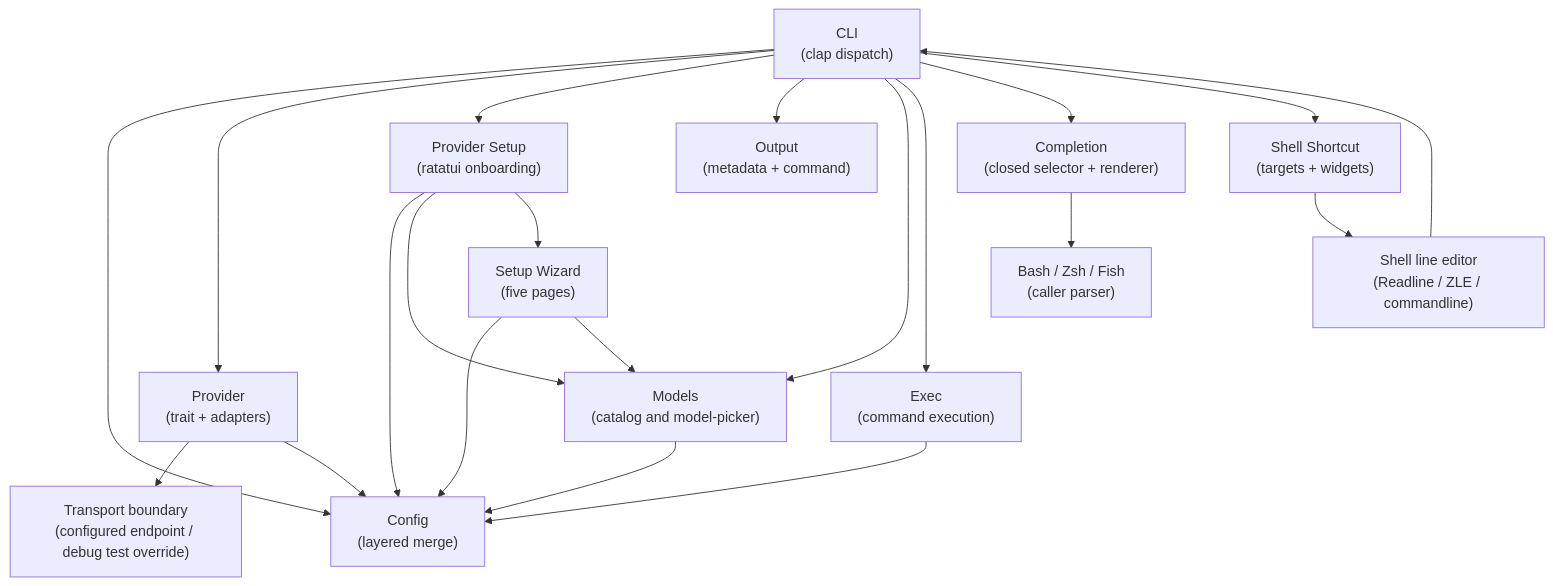
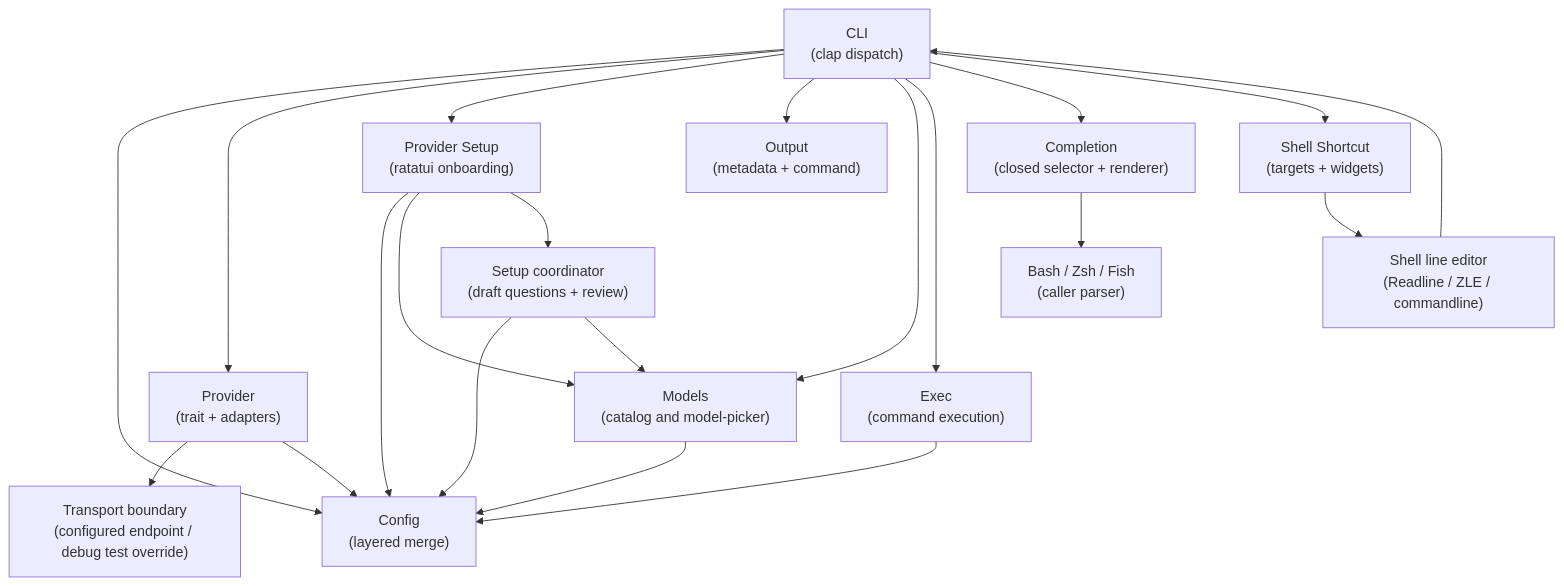
The diagram in docs/arc42/05-building-block-view.md (buster/watn), drawn with Mermaid before and after one commit. The commit also changed other lines of this file and 26 other files, not shown here.

````diff
--- a/docs/arc42/05-building-block-view.md
+++ b/docs/arc42/05-building-block-view.md
@@ -5,37 +5,37 @@
 ```mermaid
 graph TB
     CLI["CLI<br/>(clap dispatch)"]
     Config["Config<br/>(layered merge)"]
     Provider["Provider<br/>(trait + adapters)"]
     Transport["Transport boundary<br/>(configured endpoint / debug test override)"]
     Setup["Provider Setup<br/>(ratatui onboarding)"]
-    Wizard["Setup Wizard<br/>(five pages)"]
+    Wizard["Setup coordinator<br/>(draft questions + review)"]
     Output["Output<br/>(metadata + command)"]
     Models["Models<br/>(catalog and model-picker)"]
     Exec["Exec<br/>(command execution)"]
     Completion["Completion<br/>(closed selector + renderer)"]
     ShellParser["Bash / Zsh / Fish<br/>(caller parser)"]
     Shortcut["Shell Shortcut<br/>(targets + widgets)"]
     LineEditor["Shell line editor<br/>(Readline / ZLE / commandline)"]
 
     CLI --> Config
     CLI --> Provider
     Provider --> Transport
     CLI --> Setup
     CLI --> Output
     CLI --> Models
     CLI --> Exec
     CLI --> Completion
     Provider --> Config
     Models --> Config
     Setup --> Config
     Setup --> Models
     Setup --> Wizard
     Wizard --> Config
     Wizard --> Models
     Exec --> Config
     Completion --> ShellParser
     CLI --> Shortcut
     Shortcut --> LineEditor
     LineEditor --> CLI
 ```
````
